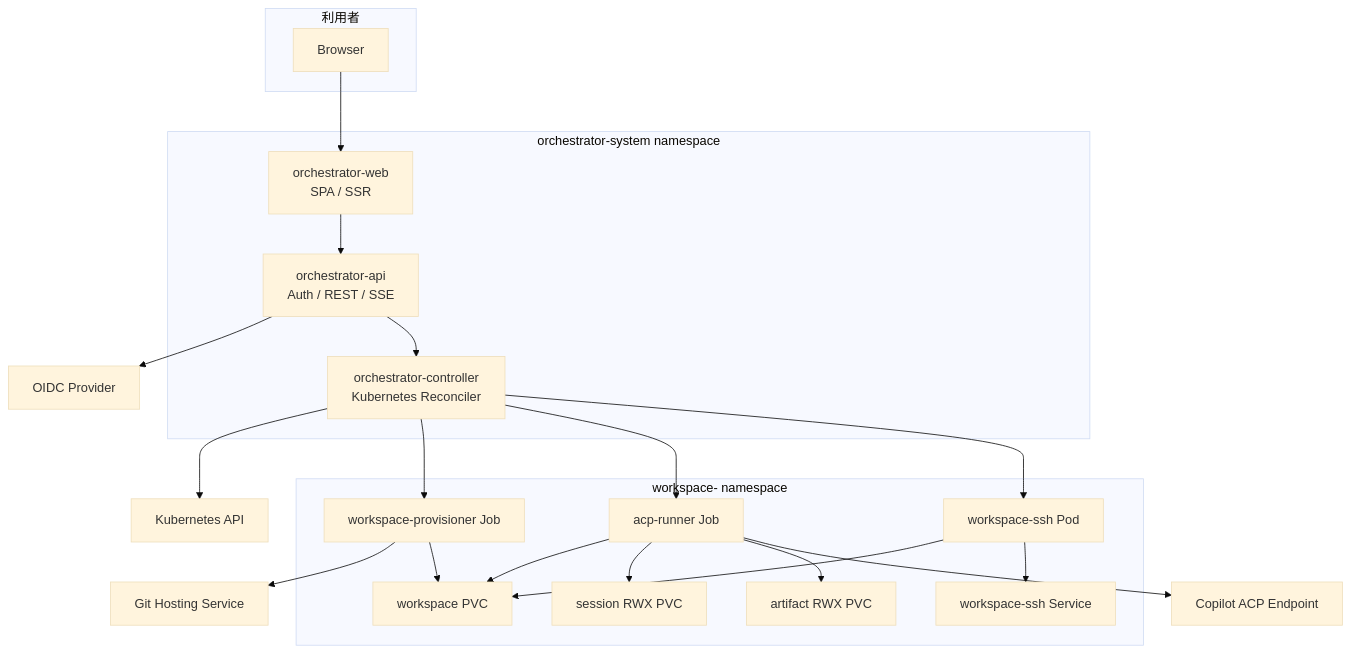
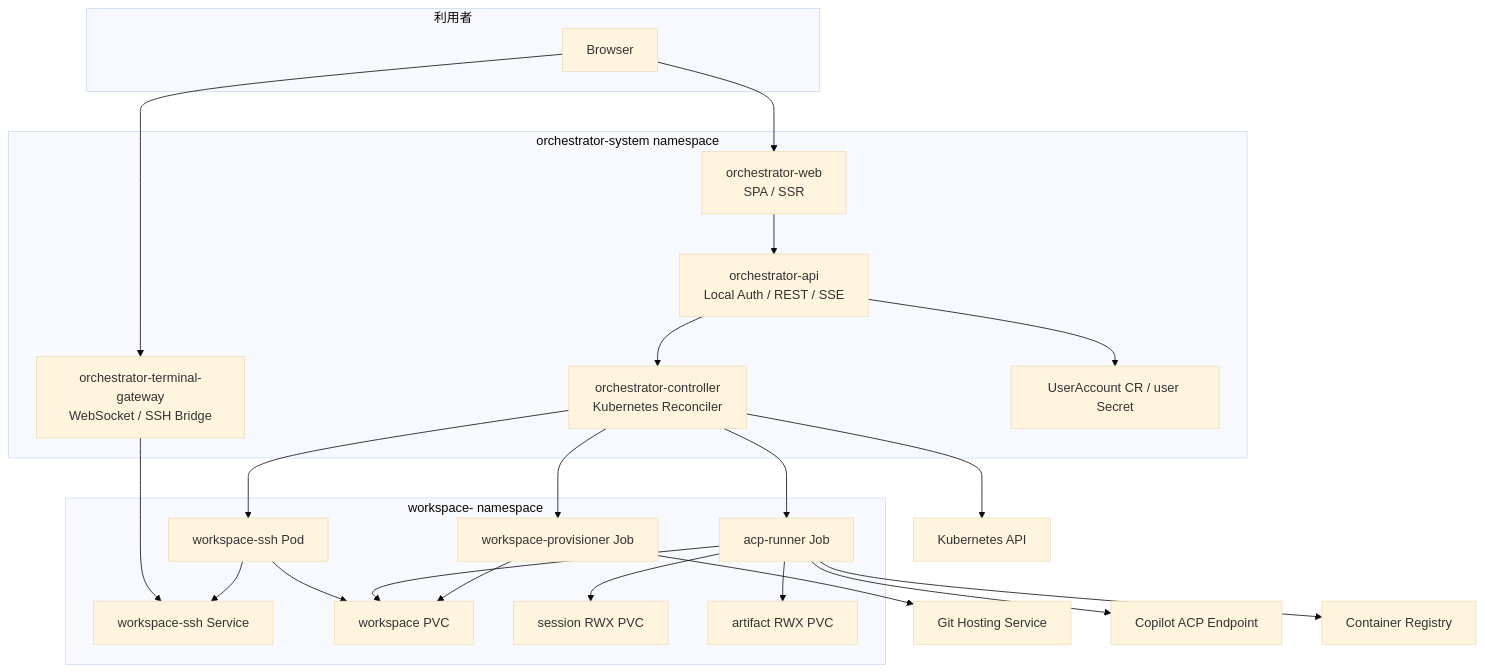
Before and after one commit to chalharu/copilot-sandbox-container: the second of 8 diagrams in docs/reference/orchestrator-basic-design.md, drawn with Mermaid (base theme). The commit also changed other lines of this file and 2 other files, not shown here.

Commit message:
docs(reference): refine orchestrator auth design

````diff
--- a/docs/reference/orchestrator-basic-design.md
+++ b/docs/reference/orchestrator-basic-design.md
@@ -75,44 +83,49 @@
 ```mermaid
 flowchart TB
   subgraph users["利用者"]
     browser["Browser"]
   end
 
   subgraph system["orchestrator-system namespace"]
     web["orchestrator-web\nSPA / SSR"]
-    api["orchestrator-api\nAuth / REST / SSE"]
+    api["orchestrator-api\nLocal Auth / REST / SSE"]
+    terminal["orchestrator-terminal-gateway\nWebSocket / SSH Bridge"]
     controller["orchestrator-controller\nKubernetes Reconciler"]
+    accounts["UserAccount CR / user Secret"]
   end
 
   subgraph runtime["workspace-<workspace-id> namespace"]
     provision["workspace-provisioner Job"]
     runner["acp-runner Job"]
     sshpod["workspace-ssh Pod"]
     sshsvc["workspace-ssh Service"]
     workspacepvc["workspace PVC"]
     sessionpvc["session RWX PVC"]
     artifactpvc["artifact RWX PVC"]
   end
 
-  idp["OIDC Provider"]
   git["Git Hosting Service"]
   copilot["Copilot ACP Endpoint"]
+  registry["Container Registry"]
   k8s["Kubernetes API"]
 
   browser --> web
   web --> api
-  api --> idp
+  browser --> terminal
   api --> controller
+  api --> accounts
   controller --> k8s
   controller --> provision
   controller --> runner
   controller --> sshpod
   provision --> git
   provision --> workspacepvc
   runner --> workspacepvc
   runner --> sessionpvc
   runner --> artifactpvc
   runner --> copilot
+  runner --> registry
   sshpod --> workspacepvc
   sshpod --> sshsvc
+  terminal --> sshsvc
 ```
````
